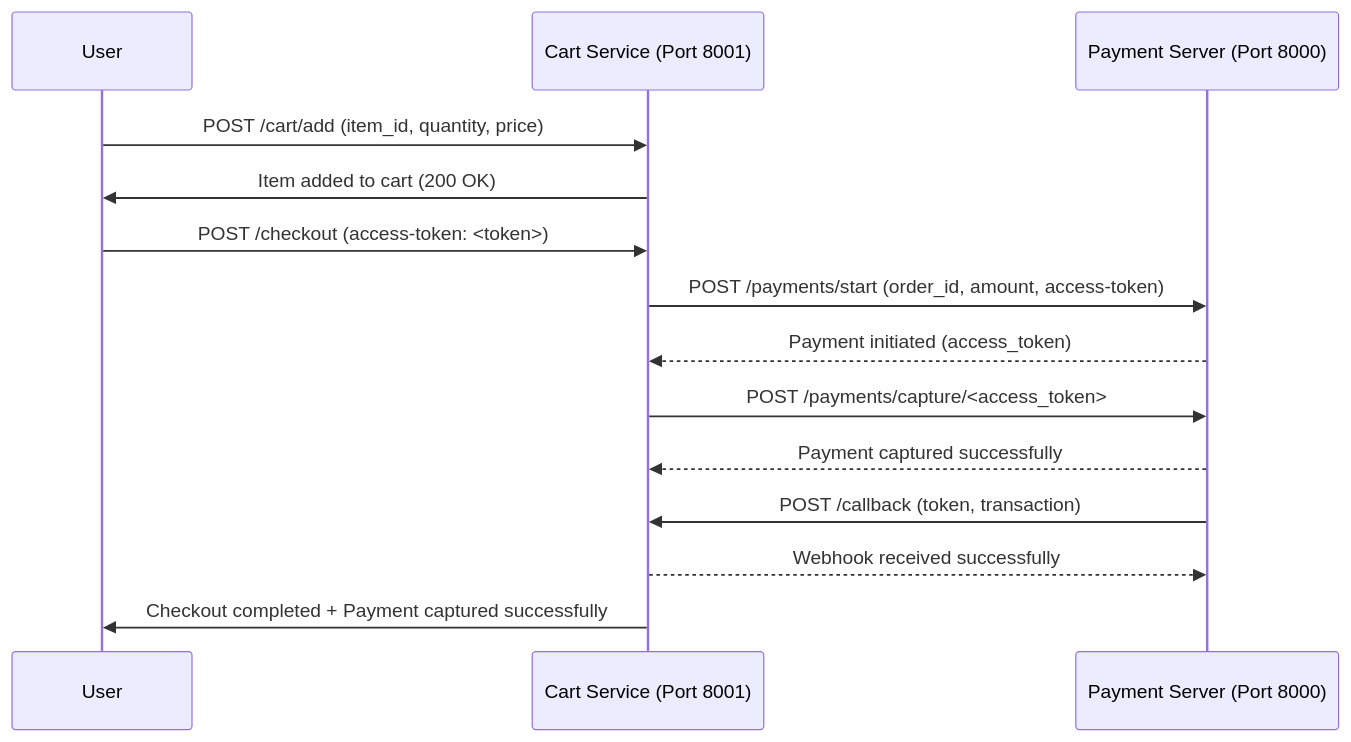
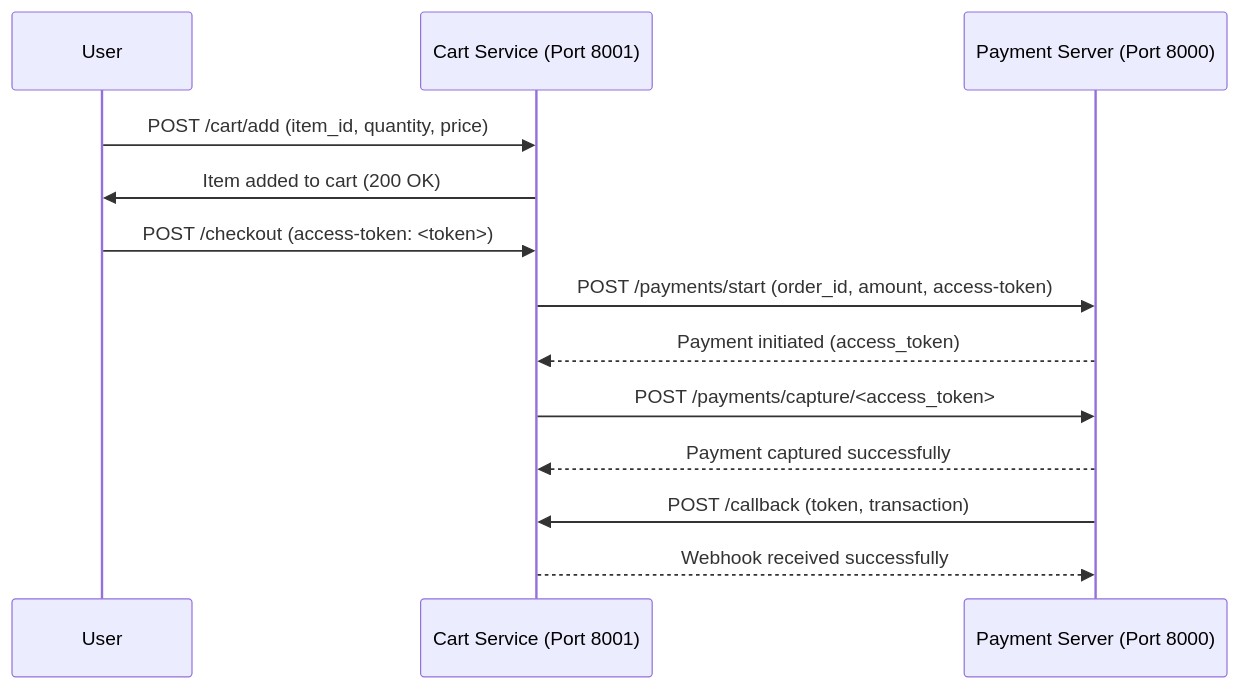
One commit to r74tech/dummy-payment changed the diagram in README.md. Above: the diagram before and after it, drawn with Mermaid.

Commit message:
fix sequenceDiagram

````diff
--- a/README.md
+++ b/README.md
@@ -96,21 +96,19 @@
 ```mermaid
 sequenceDiagram
     participant User as User
     participant CartService as Cart Service (Port 8001)
     participant PaymentServer as Payment Server (Port 8000)
 
     User ->> CartService: POST /cart/add (item_id, quantity, price)
     CartService ->> User: Item added to cart (200 OK)
 
     User ->> CartService: POST /checkout (access-token: <token>)
     CartService ->> PaymentServer: POST /payments/start (order_id, amount, access-token)
     PaymentServer -->> CartService: Payment initiated (access_token)
 
     CartService ->> PaymentServer: POST /payments/capture/<access_token>
     PaymentServer -->> CartService: Payment captured successfully
 
     PaymentServer ->> CartService: POST /callback (token, transaction)
     CartService -->> PaymentServer: Webhook received successfully
-
-    CartService ->> User: Checkout completed + Payment captured successfully
 ```
````
